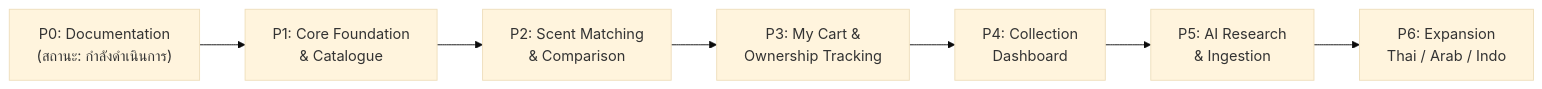
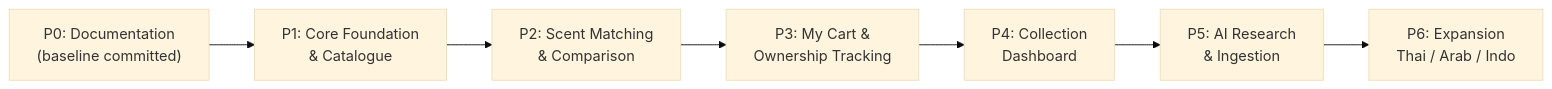
One commit to kraveerachat/DoomParfum-By-TK changed the diagram in Structure DB Obsidian/07_Delivery/Roadmap.md. Above: the diagram before and after it, drawn with Mermaid (base theme). The commit also changed other lines of this file and 25 other files, not shown here.

````diff
--- a/Structure DB Obsidian/07_Delivery/Roadmap.md
+++ b/Structure DB Obsidian/07_Delivery/Roadmap.md
@@ -28,9 +28,9 @@
 ```mermaid
 flowchart LR
-    P0["P0: Documentation<br/>(สถานะ: กำลังดำเนินการ)"] --> P1["P1: Core Foundation<br/>& Catalogue"]
+    P0["P0: Documentation<br/>(baseline committed)"] --> P1["P1: Core Foundation<br/>& Catalogue"]
     P1 --> P2["P2: Scent Matching<br/>& Comparison"]
     P2 --> P3["P3: My Cart &<br/>Ownership Tracking"]
     P3 --> P4["P4: Collection<br/>Dashboard"]
     P4 --> P5["P5: AI Research<br/>& Ingestion"]
     P5 --> P6["P6: Expansion<br/>Thai / Arab / Indo"]
 ```
````
